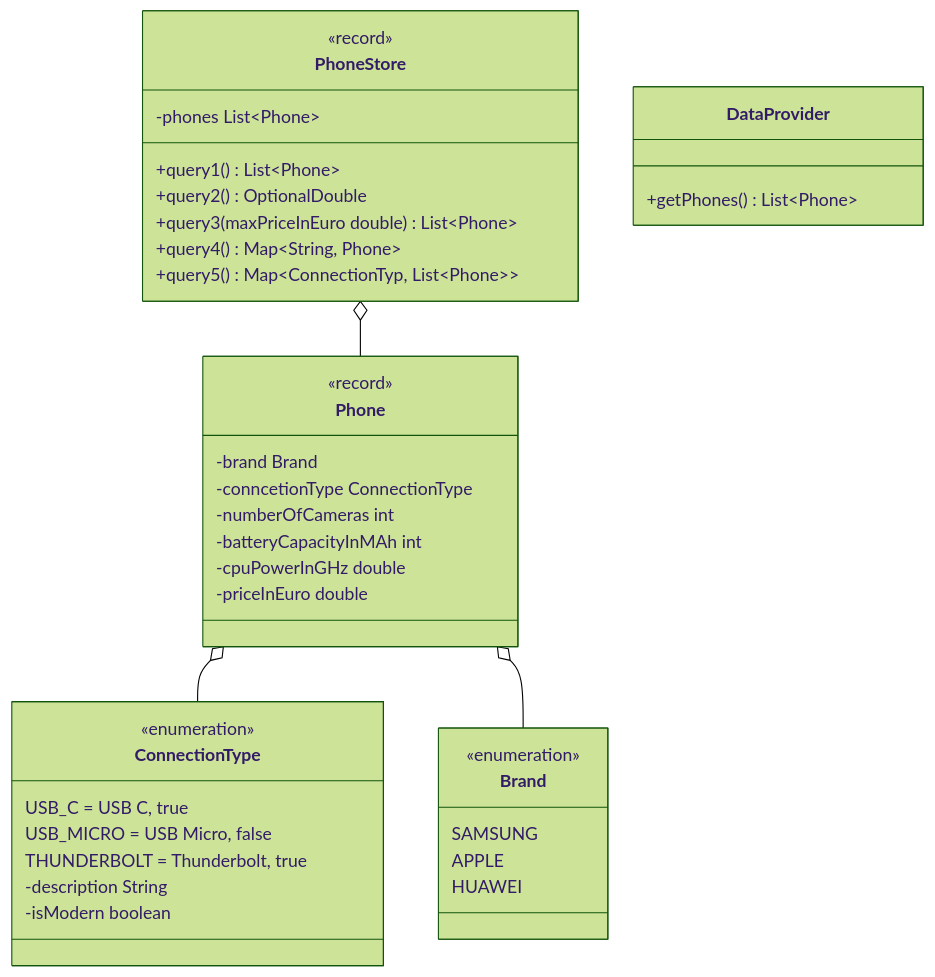
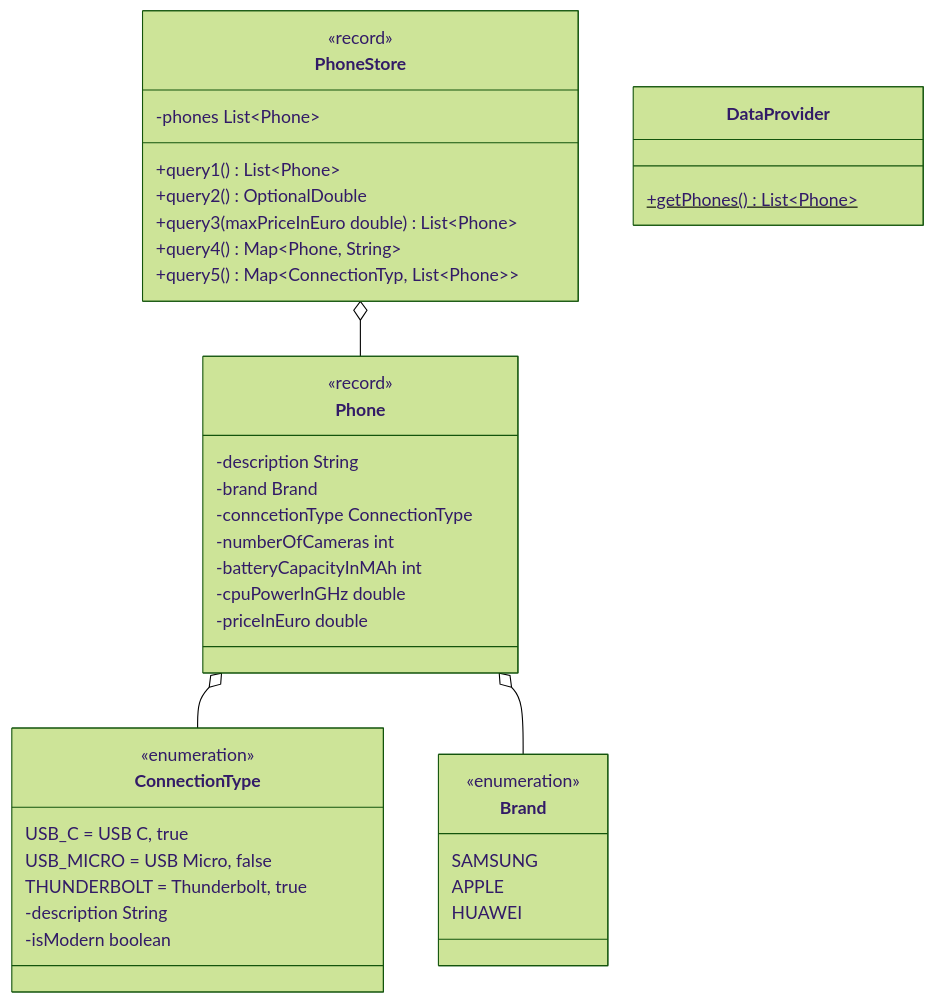
The diagram in docs/exam-exercises/exam-exercises-java2/phone-store.md (jappuccini/java-docs), drawn with Mermaid (forest theme) before and after one commit. The commit also changed other lines of this file and 3 other files, not shown here.

````diff
--- a/docs/exam-exercises/exam-exercises-java2/phone-store.md
+++ b/docs/exam-exercises/exam-exercises-java2/phone-store.md
@@ -12,46 +12,47 @@
 ```mermaid
 classDiagram
     Phone o-- ConnectionType
     Phone o-- Brand
     PhoneStore o-- Phone
 
     class ConnectionType {
         <<enumeration>>
         USB_C = USB C, true
         USB_MICRO = USB Micro, false
         THUNDERBOLT = Thunderbolt, true
         -description String
         -isModern boolean
     }
 
     class Brand {
         <<enumeration>>
         SAMSUNG
         APPLE
         HUAWEI
     }
 
     class Phone {
         <<record>>
+        -description String
         -brand Brand
         -conncetionType ConnectionType
         -numberOfCameras int
         -batteryCapacityInMAh int
         -cpuPowerInGHz double
         -priceInEuro double
     }
 
     class DataProvider {
-        +getPhones() List~Phone~
+        +getPhones()$ List~Phone~
     }
 
     class PhoneStore {
         <<record>>
         -phones List~Phone~
         +query1() List~Phone~
         +query2() OptionalDouble
         +query3(maxPriceInEuro double) List~Phone~
-        +query4() Map~String&#44&#160Phone~
+        +query4() Map~Phone&#44&#160String~
         +query5() Map~ConnectionTyp&#44&#160List~Phone~~
     }
 ```
````
